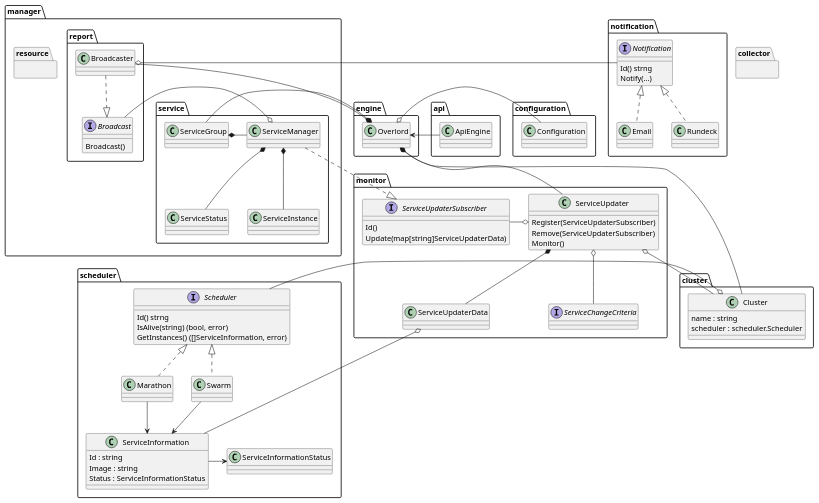
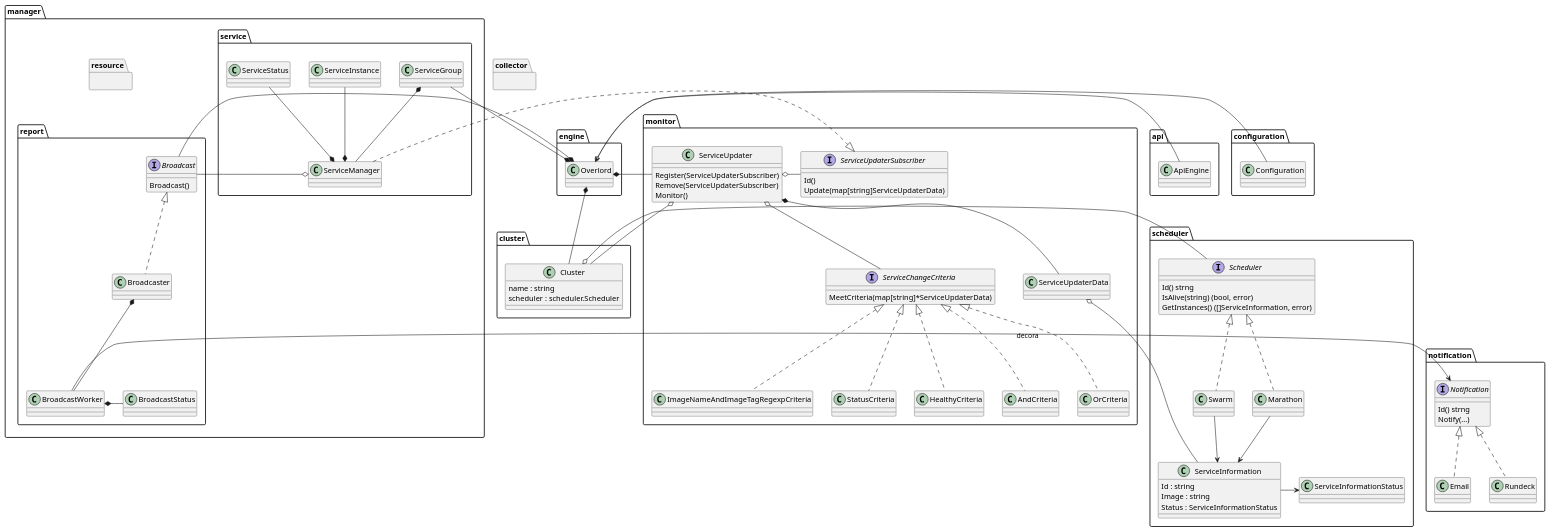
One commit to ch3lo/overlord changed the diagram in arquitectura.puml. Above: the diagram before and after it, drawn with PlantUML. The commit also changed 9 other files, not shown here.

```diff
--- a/arquitectura.puml
+++ b/arquitectura.puml
@@ -1,124 +1,141 @@
 @startuml
 package manager {
-
     package service {
         class ServiceGroup
         class ServiceManager
         class ServiceInstance
         class ServiceStatus
 
-        ServiceGroup *- ServiceManager
-        ServiceManager *-- ServiceInstance
-        ServiceManager *-- ServiceStatus
+        ServiceGroup *-- ServiceManager
+        ServiceInstance --* ServiceManager
+        ServiceStatus --* ServiceManager
     }
 
     package resource {
 
     }
 
     package report {
       interface Broadcast {
         Broadcast()
       }
       class Broadcaster
+      class BroadcastStatus
+      class BroadcastWorker
 
-      Broadcaster ..|> Broadcast
+      Broadcast <|.. Broadcaster
+      Broadcaster *-- BroadcastWorker
+      BroadcastWorker *- BroadcastStatus
     }
+
+    ServiceManager o- Broadcast
 }
 
 package engine {
     class Overlord
 }
 
 package configuration {
   class Configuration
 }
 
 package cluster {
     class Cluster {
         name : string
         scheduler : scheduler.Scheduler
     }
 }
 
 package monitor {
     class ServiceUpdater {
         Register(ServiceUpdaterSubscriber)
         Remove(ServiceUpdaterSubscriber)
         Monitor()
     }
     interface ServiceUpdaterSubscriber {
         Id()
         Update(map[string]ServiceUpdaterData)
     }
     class ServiceUpdaterData
-    interface ServiceChangeCriteria
+    interface ServiceChangeCriteria {
+      MeetCriteria(map[string]*ServiceUpdaterData)
+    }
+    class ImageNameAndImageTagRegexpCriteria
+    class StatusCriteria
+    class HealthyCriteria
+    class AndCriteria
+    class OrCriteria
 
     ServiceUpdater o- ServiceUpdaterSubscriber
     ServiceUpdater *-- ServiceUpdaterData
     ServiceUpdater o-- ServiceChangeCriteria
+    ServiceChangeCriteria <|.. ImageNameAndImageTagRegexpCriteria
+    ServiceChangeCriteria <|.. StatusCriteria
+    ServiceChangeCriteria <|.. HealthyCriteria
+    ServiceChangeCriteria <|.. AndCriteria
+    ServiceChangeCriteria <|.. OrCriteria
 }
 
 package collector {
 }
 
 package notification {
     interface Notification {
         Id() strng
         Notify(...)
     }
 
     class Email
     class Rundeck
 
     Notification <|.. Email
     Notification <|.. Rundeck
 }
 
 package api {
   class ApiEngine
 }
 
 package scheduler {
     interface Scheduler {
         Id() strng
         IsAlive(string) (bool, error)
         GetInstances() ([]ServiceInformation, error)
     }
 
     class ServiceInformation {
         Id : string
         Image : string
         Status : ServiceInformationStatus
     }
 
     class Swarm
     class Marathon
     class ServiceInformationStatus
 
     Scheduler <|.. Swarm
     Scheduler <|.. Marathon
 
     Swarm --> ServiceInformation
     Marathon --> ServiceInformation
     ServiceInformation -> ServiceInformationStatus
 }
 
 ApiEngine -> Overlord
 
-ServiceManager ..|> ServiceUpdaterSubscriber
-ServiceManager o- Broadcast
+ServiceManager .|> ServiceUpdaterSubscriber
+
 
 ServiceGroup -* Overlord
 
 Overlord *- ServiceUpdater
 Overlord *- Cluster
 Overlord o- Configuration
-Overlord *- Broadcaster
+Overlord *- Broadcast
 
-Broadcaster o- Notification
+BroadcastWorker -> Notification : decora
 
 Cluster o- Scheduler
 ServiceUpdater o-- Cluster
 ServiceUpdaterData o-- ServiceInformation
 @enduml
```
